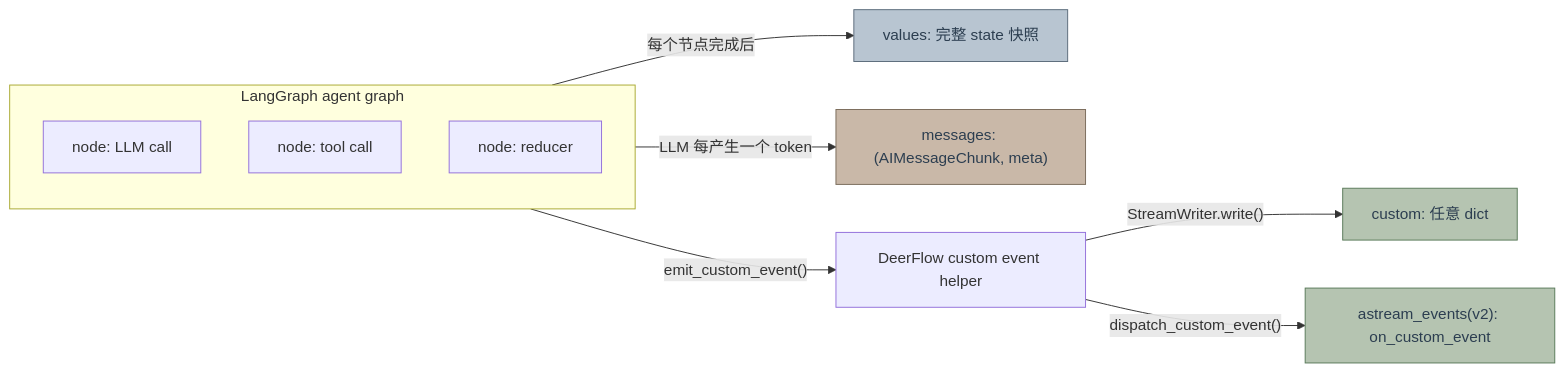
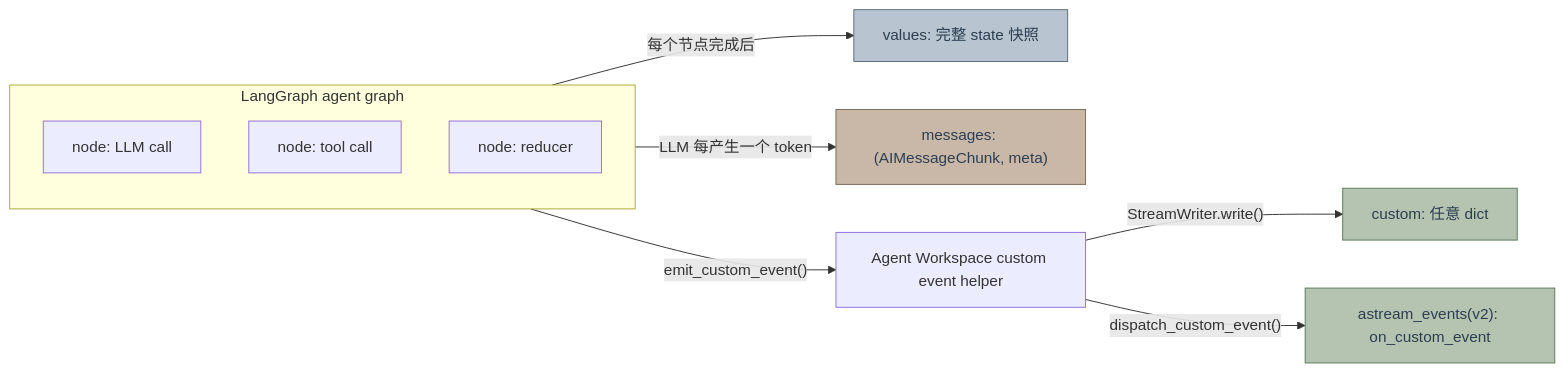
The first of 5 diagrams in backend/docs/STREAMING.md (itsPremkumar/alpha), drawn with Mermaid before and after one commit. The commit also changed other lines of this file and 838 other files, not shown here.

````diff
--- a/backend/docs/STREAMING.md
+++ b/backend/docs/STREAMING.md
@@ -53,24 +53,24 @@
 ```mermaid
 flowchart LR
     classDef values fill:#B8C5D1,stroke:#5A6B7A,color:#2C3E50
     classDef messages fill:#C9B8A8,stroke:#7A6B5A,color:#2C3E50
     classDef custom fill:#B5C4B1,stroke:#5A7A5A,color:#2C3E50
 
     subgraph LG["LangGraph agent graph"]
         direction TB
         Node1["node: LLM call"]
         Node2["node: tool call"]
         Node3["node: reducer"]
     end
 
     LG -->|"每个节点完成后"| V["values: 完整 state 快照"]
     Node1 -->|"LLM 每产生一个 token"| M["messages: (AIMessageChunk, meta)"]
-    Node1 -->|"emit_custom_event()"| E["DeerFlow custom event helper"]
+    Node1 -->|"emit_custom_event()"| E["Agent Workspace custom event helper"]
     E -->|"StreamWriter.write()"| C["custom: 任意 dict"]
     E -->|"dispatch_custom_event()"| A["astream_events(v2): on_custom_event"]
 
     class V values
     class M messages
     class C custom
     class A custom
 ```
````
